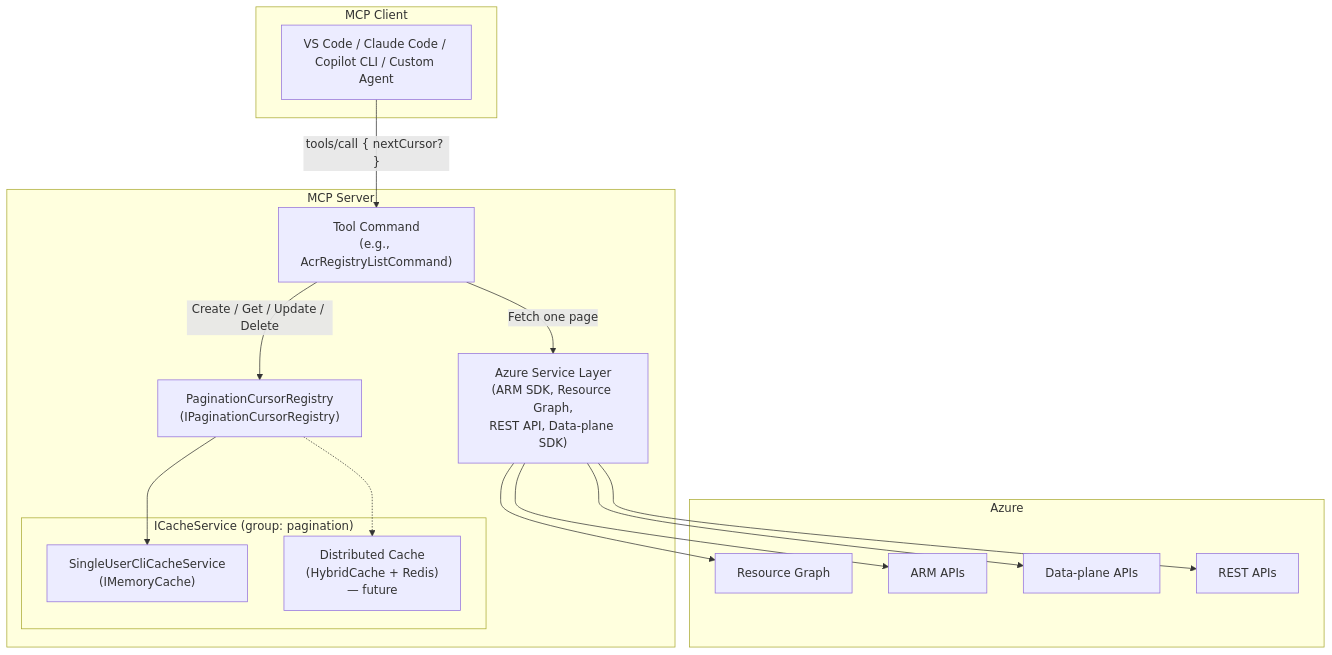
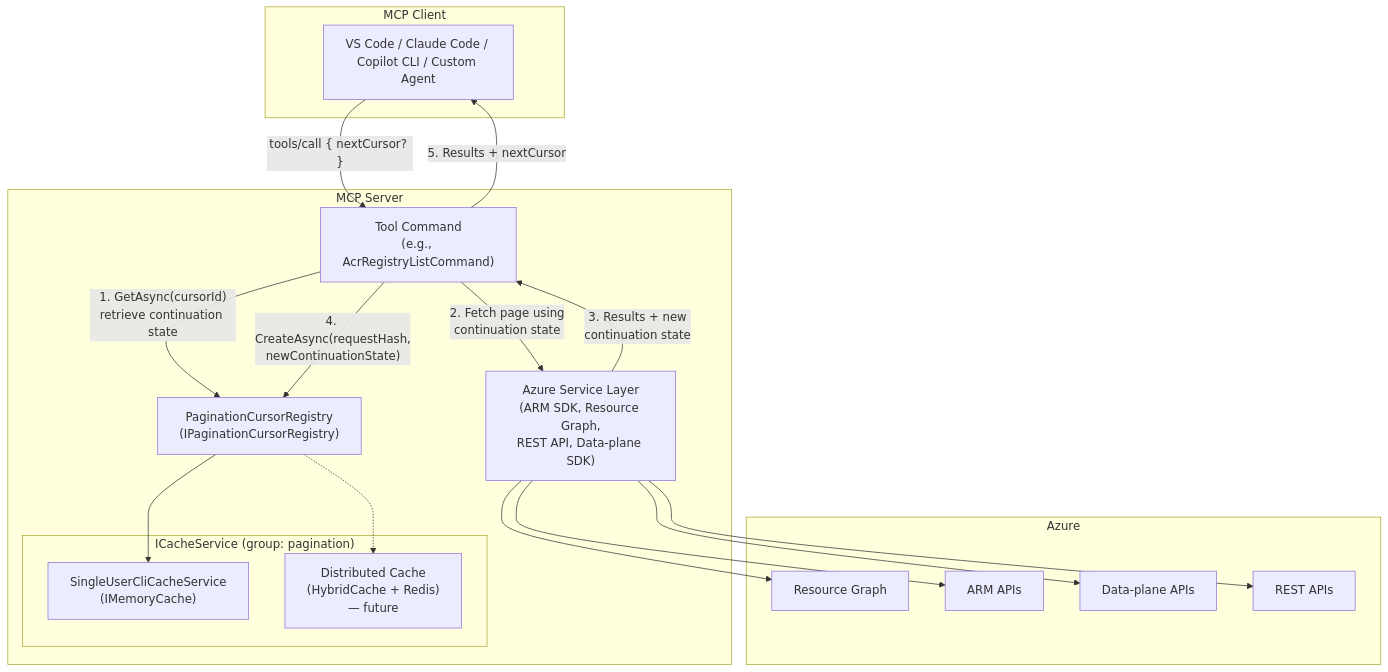
One commit to srnagar/mcp changed the first of 4 diagrams in docs/design/pagination-design-proposal.md. Above: the diagram before and after it, drawn with Mermaid. The commit also changed other lines of this file, not shown here.

Commit message:
more updates

````diff
--- a/docs/design/pagination-design-proposal.md
+++ b/docs/design/pagination-design-proposal.md
@@ -76,35 +76,38 @@
 ```mermaid
 graph TB
     subgraph Client["MCP Client"]
         VS["VS Code / Claude Code / Copilot CLI / Custom Agent"]
     end
 
     subgraph Server["MCP Server"]
         TC["Tool Command<br/>(e.g., AcrRegistryListCommand)"]
         PCR["PaginationCursorRegistry<br/>(IPaginationCursorRegistry)"]
 
         subgraph Cache["ICacheService (group: pagination)"]
             MEM["SingleUserCliCacheService<br/>(IMemoryCache)"]
             DIST["Distributed Cache<br/>(HybridCache + Redis)<br/>— future"]
         end
 
         SVC["Azure Service Layer<br/>(ARM SDK, Resource Graph,<br/>REST API, Data-plane SDK)"]
     end
 
     subgraph Azure["Azure"]
         ARG["Resource Graph"]
         ARM["ARM APIs"]
         DP["Data-plane APIs"]
         REST["REST APIs"]
     end
 
     VS -->|"tools/call { nextCursor? }"| TC
-    TC -->|"Create / Get / Update / Delete"| PCR
+    TC -->|"1. GetAsync(cursorId)<br/>retrieve continuation state"| PCR
     PCR --> MEM
     PCR -.-> DIST
-    TC -->|"Fetch one page"| SVC
+    TC -->|"2. Fetch page using<br/>continuation state"| SVC
     SVC --> ARG
     SVC --> ARM
     SVC --> DP
     SVC --> REST
+    SVC -->|"3. Results + new<br/>continuation state"| TC
+    TC -->|"4. CreateAsync(requestHash,<br/>newContinuationState)"| PCR
+    TC -->|"5. Results + nextCursor"| VS
 ```
````
